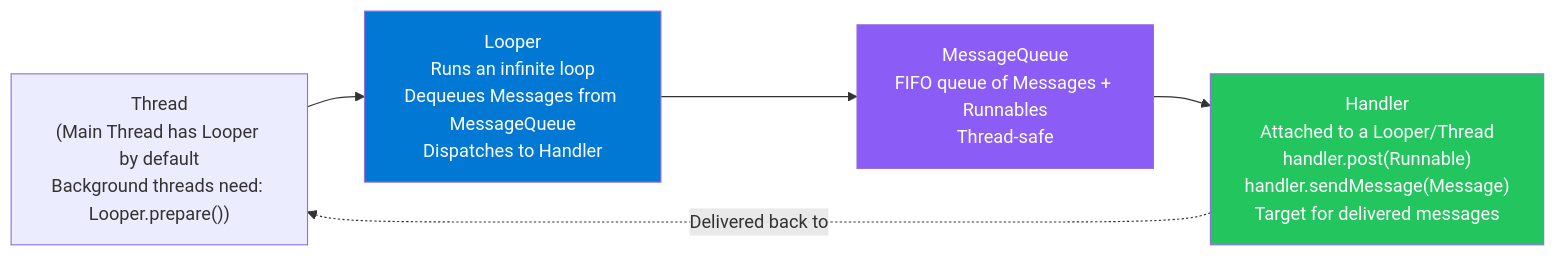
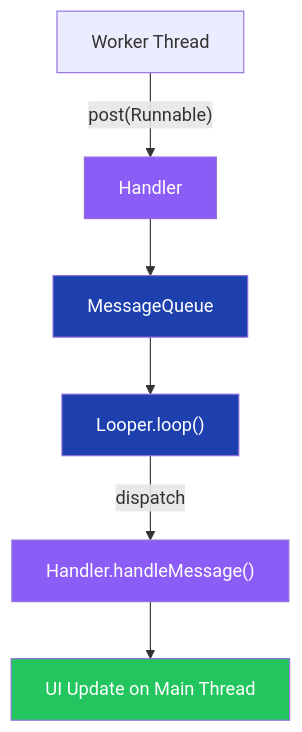
One commit to rajaghosh/InterviewPrep changed the fourth of 34 diagrams in Architechture-Concepts/Description-Questions2-Complete.md. Above: the diagram before and after it, drawn with Mermaid. The commit also changed other lines of this file and 240 other files, not shown here.

````diff
--- a/Architechture-Concepts/Description-Questions2-Complete.md
+++ b/Architechture-Concepts/Description-Questions2-Complete.md
@@ -93,12 +119,15 @@
 ```mermaid
-flowchart LR
-    THREAD["Thread\n(Main Thread has Looper by default\nBackground threads need: Looper.prepare())"] --> LOOPER["Looper\nRuns an infinite loop\nDequeues Messages from MessageQueue\nDispatches to Handler"]
-    LOOPER --> MQ["MessageQueue\nFIFO queue of Messages + Runnables\nThread-safe"]
-    MQ --> HANDLER["Handler\nAttached to a Looper/Thread\nhandler.post(Runnable)\nhandler.sendMessage(Message)\nTarget for delivered messages"]
+flowchart TD
+    T["Worker Thread"] -->|"post(Runnable)"| H["Handler"]
+    H --> MQ["MessageQueue"]
+    MQ --> L["Looper.loop()"]
+    L -->|"dispatch"| H2["Handler.handleMessage()"]
+    H2 --> UI["UI Update on Main Thread"]
 
-    HANDLER -.->|"Delivered back to"| THREAD
-
-    style LOOPER fill:#0078D4,color:#fff
-    style MQ fill:#8b5cf6,color:#fff
-    style HANDLER fill:#22c55e,color:#fff
+    classDef proc fill:#8b5cf6,color:#fff
+    classDef store fill:#1e40af,color:#fff
+    classDef good fill:#22c55e,color:#fff
+    class H,H2 proc
+    class MQ,L store
+    class UI good
 ```
````
